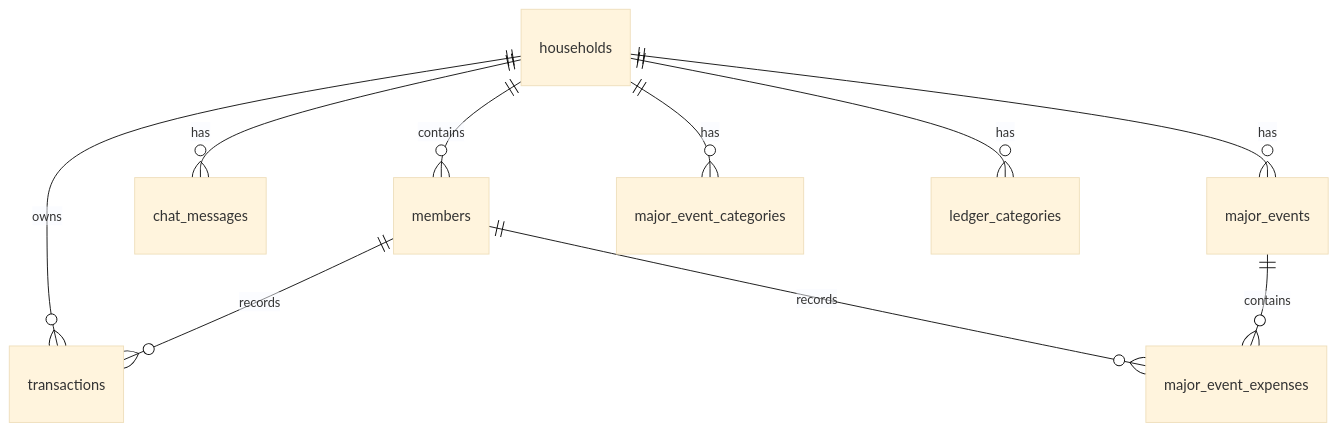
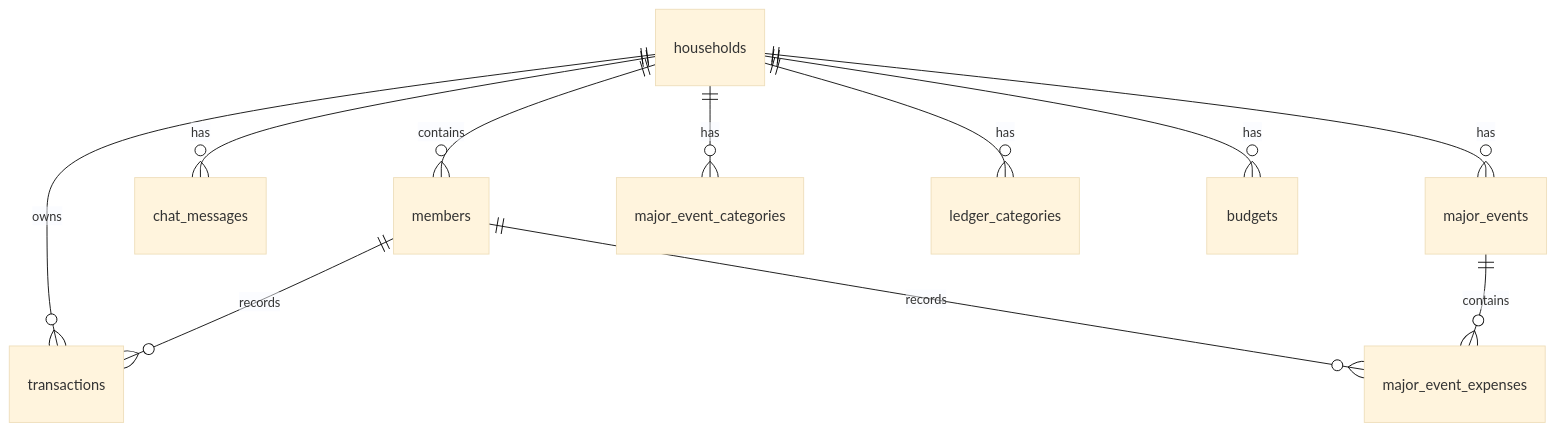
One commit to xujiongx/money-record changed the diagram in docs/database-design.md. Above: the diagram before and after it, drawn with Mermaid (base theme). The commit also changed other lines of this file and 25 other files, not shown here.

````diff
--- a/docs/database-design.md
+++ b/docs/database-design.md
@@ -15,12 +15,13 @@
 ```mermaid
 erDiagram
   households ||--o{ members : contains
   households ||--o{ transactions : owns
   households ||--o{ chat_messages : has
   households ||--o{ major_events : has
   households ||--o{ major_event_categories : has
   households ||--o{ ledger_categories : has
+  households ||--o{ budgets : has
   members ||--o{ transactions : records
   members ||--o{ major_event_expenses : records
   major_events ||--o{ major_event_expenses : contains
 ```
````
